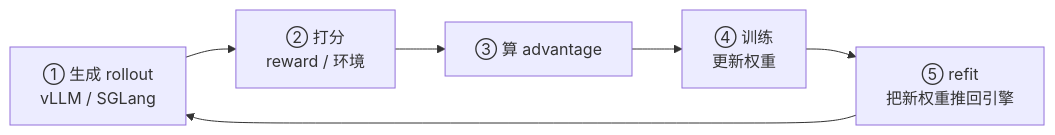
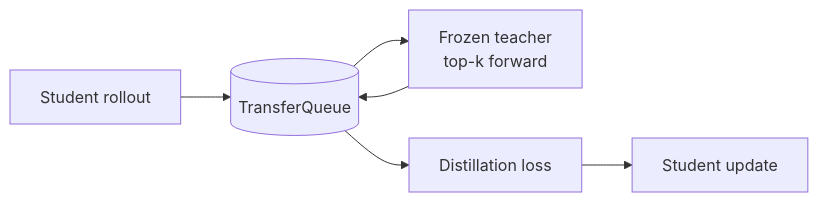
One commit to tianyi-zhang-02/cooking-agi changed the third of 3 diagrams in open-source/nemo-rl/README.md. Above: the diagram before and after it, drawn with Mermaid. The commit also changed other lines of this file and 89 other files, not shown here.

````diff
--- a/open-source/nemo-rl/README.md
+++ b/open-source/nemo-rl/README.md
@@ -129,8 +105,8 @@
 ```mermaid
 flowchart LR
-    A["① 生成 rollout<br/>vLLM / SGLang"] --> B["② 打分<br/>reward / 环境"]
-    B --> C["③ 算 advantage"]
-    C --> D["④ 训练<br/>更新权重"]
-    D --> E["⑤ refit<br/>把新权重推回引擎"]
-    E --> A
+    A["Student rollout"] --> Q[("TransferQueue")]
+    Q --> T["Frozen teacher<br/>top-k forward"]
+    T --> Q
+    Q --> L["Distillation loss"]
+    L --> S["Student update"]
 ```
````
